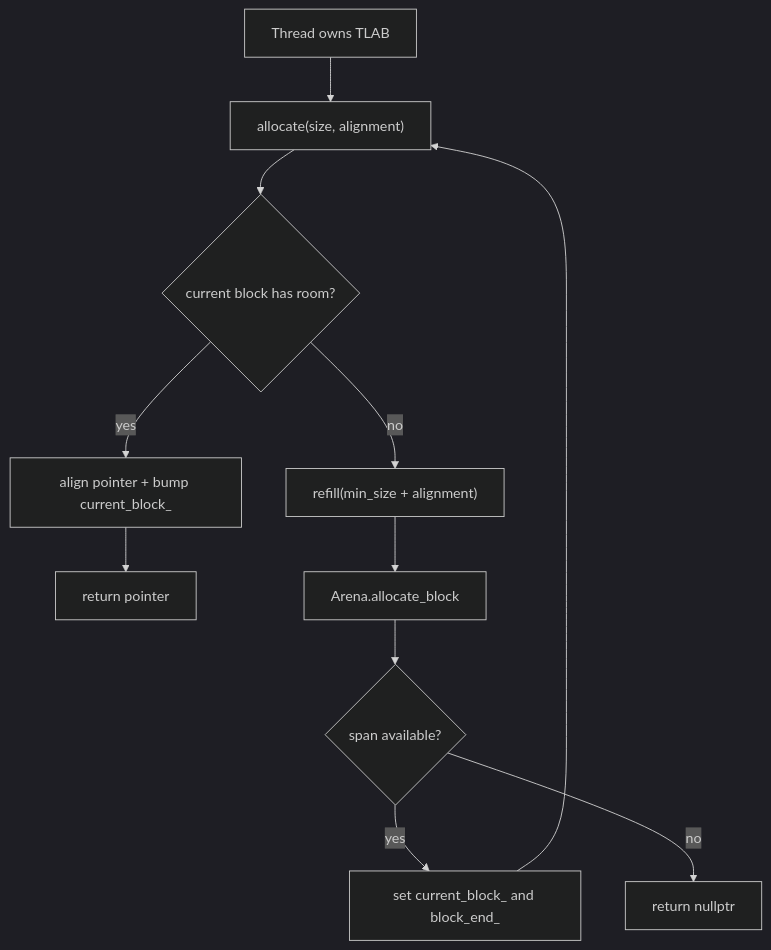
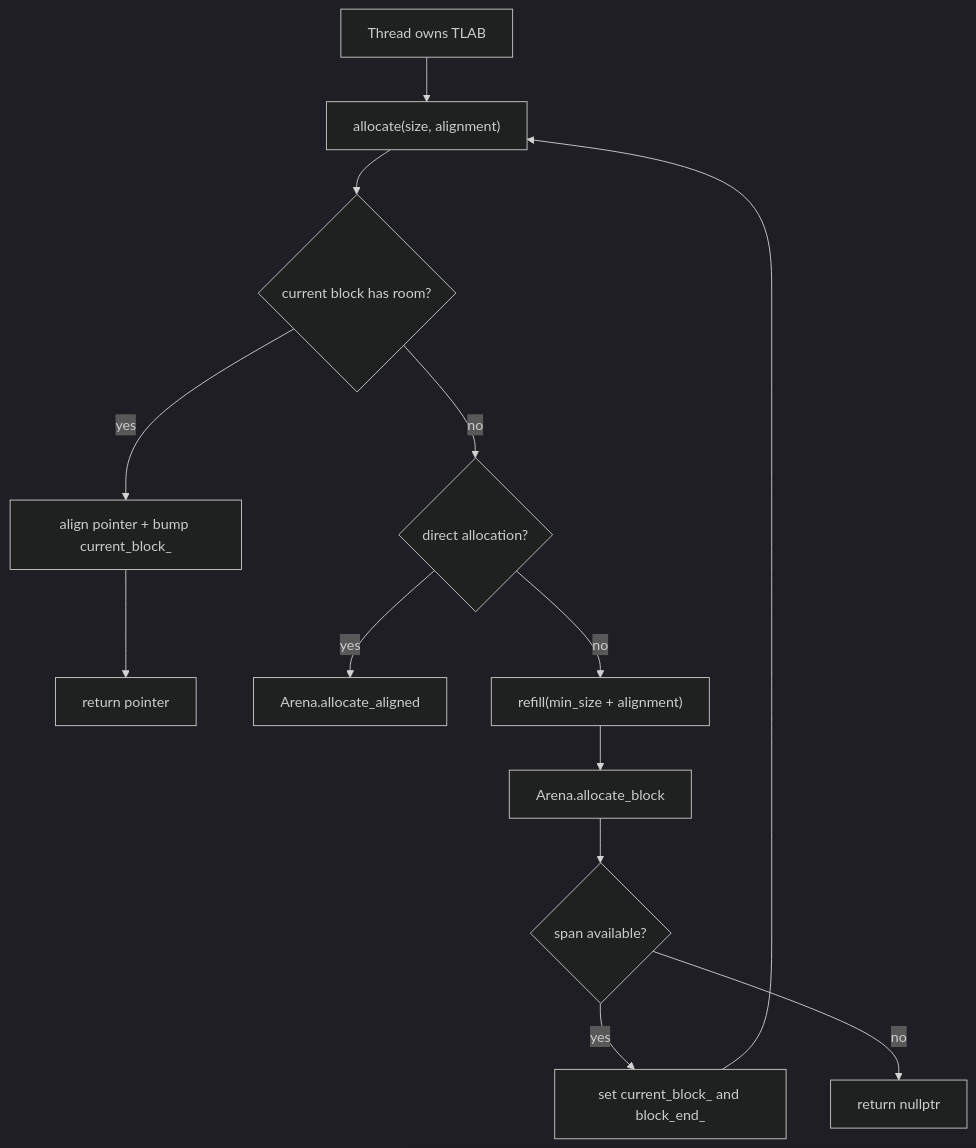
Before and after one commit to ankitkr-04/strata-db: the diagram in docs/architecture/04-thread-local-allocation.md, drawn with Mermaid (dark theme). The commit also changed other lines of this file and 7 other files, not shown here.

Commit message:
Update memory configuration references to use memory_config.hpp and enhance alignment handling in allocation functions

````diff
--- a/docs/architecture/04-thread-local-allocation.md
+++ b/docs/architecture/04-thread-local-allocation.md
@@ -44,13 +45,15 @@
 ```mermaid
 flowchart TD
     A[Thread owns TLAB] --> B["allocate(size, alignment)"]
     B --> C{current block has room?}
     C -- yes --> D[align pointer + bump current_block_]
     D --> E[return pointer]
-    C -- no --> F["refill(min_size + alignment)"]
-    F --> G[Arena.allocate_block]
-    G --> H{span available?}
-    H -- yes --> I[set current_block_ and block_end_]
-    I --> B
-    H -- no --> J[return nullptr]
+    C -- no --> F{direct allocation?}
+    F -- yes --> G[Arena.allocate_aligned]
+    F -- no --> H["refill(min_size + alignment)"]
+    H --> I[Arena.allocate_block]
+    I --> J{span available?}
+    J -- yes --> K[set current_block_ and block_end_]
+    K --> B
+    J -- no --> L[return nullptr]
 ```
````
